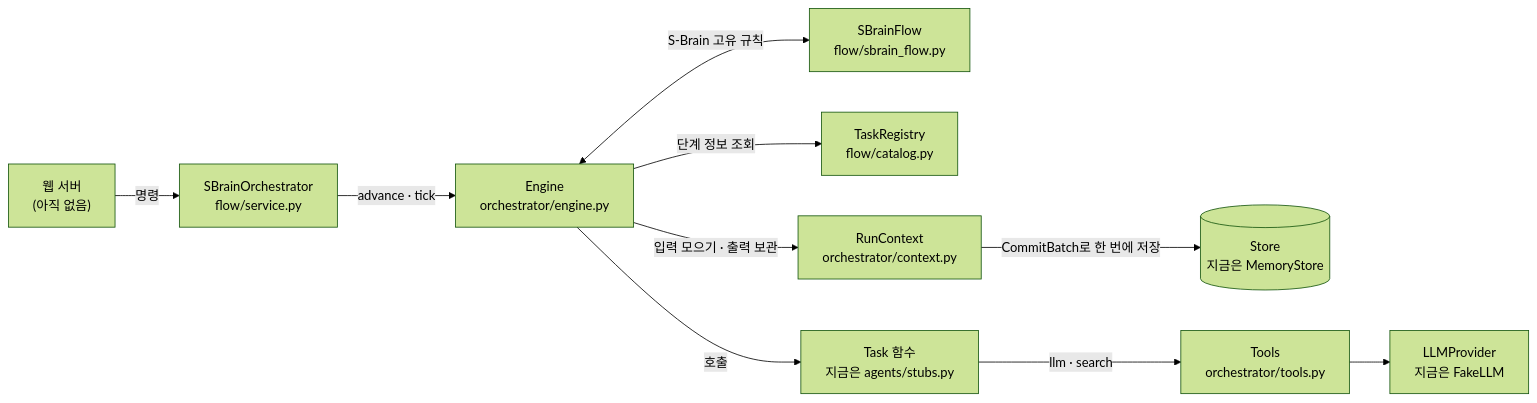
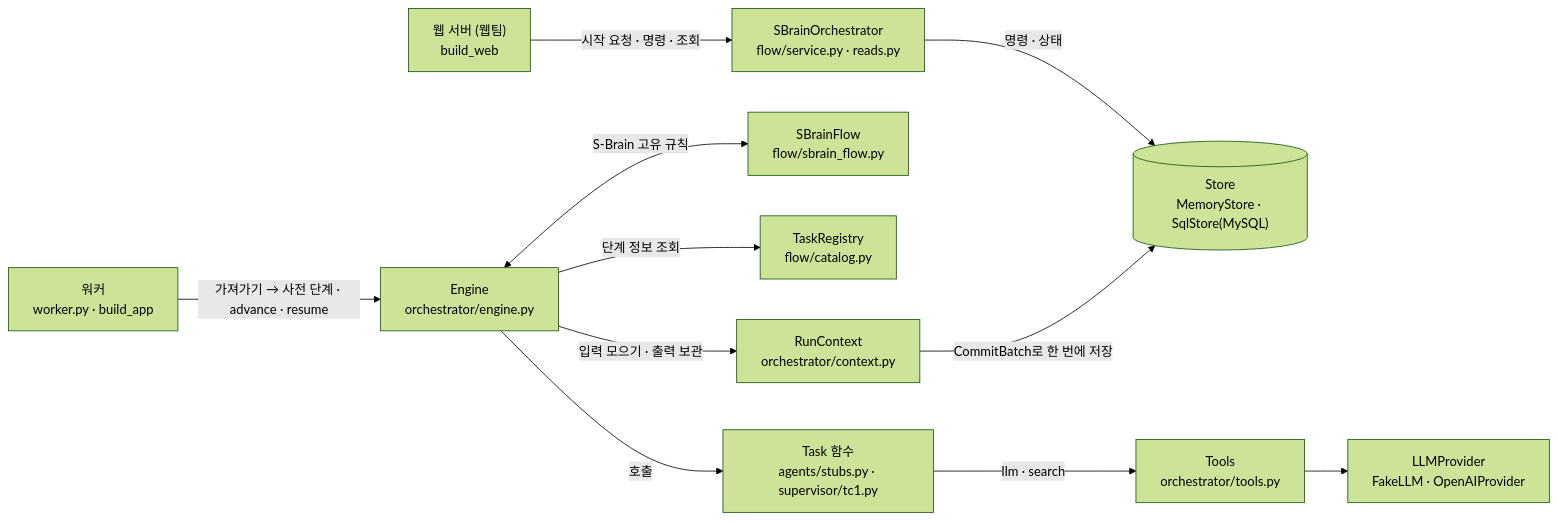
Before and after one commit to SKNETWORKS-FAMILY-AICAMP/SKN32-FINAL-1TEAM: the second of 2 diagrams in agent-orchestration/README.md, drawn with Mermaid (forest theme). The commit also changed other lines of this file and 61 other files, not shown here.

````diff
--- a/agent-orchestration/README.md
+++ b/agent-orchestration/README.md
@@ -328,12 +399,13 @@
 ```mermaid
 flowchart LR
-  Web["웹 서버<br/>(아직 없음)"] -->|명령| Svc["SBrainOrchestrator<br/>flow/service.py"]
-  Svc -->|"advance · tick"| Eng["Engine<br/>orchestrator/engine.py"]
+  Web["웹 서버 (웹팀)<br/>build_web"] -->|"시작 요청 · 명령 · 조회"| Svc["SBrainOrchestrator<br/>flow/service.py · reads.py"]
+  Wk["워커<br/>worker.py · build_app"] -->|"가져가기 → 사전 단계 · advance · resume"| Eng["Engine<br/>orchestrator/engine.py"]
+  Svc -->|명령 · 상태| Store
   Eng <-->|S-Brain 고유 규칙| Flow["SBrainFlow<br/>flow/sbrain_flow.py"]
   Eng -->|단계 정보 조회| Reg["TaskRegistry<br/>flow/catalog.py"]
   Eng -->|"입력 모으기 · 출력 보관"| Ctx["RunContext<br/>orchestrator/context.py"]
-  Ctx -->|"CommitBatch로 한 번에 저장"| Store[("Store<br/>지금은 MemoryStore")]
-  Eng -->|호출| Fn["Task 함수<br/>지금은 agents/stubs.py"]
+  Ctx -->|"CommitBatch로 한 번에 저장"| Store[("Store<br/>MemoryStore · SqlStore(MySQL)")]
+  Eng -->|호출| Fn["Task 함수<br/>agents/stubs.py · supervisor/tc1.py"]
   Fn -->|"llm · search"| Tools["Tools<br/>orchestrator/tools.py"]
-  Tools --> Prov["LLMProvider<br/>지금은 FakeLLM"]
+  Tools --> Prov["LLMProvider<br/>FakeLLM · OpenAIProvider"]
 ```
````
